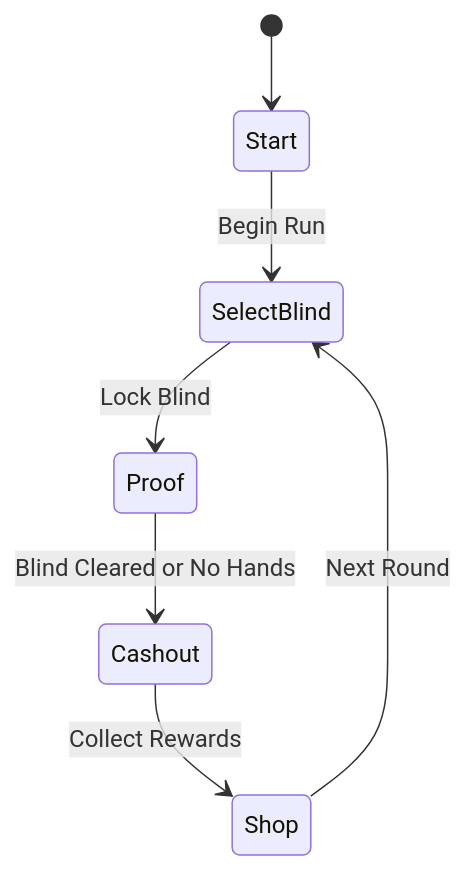
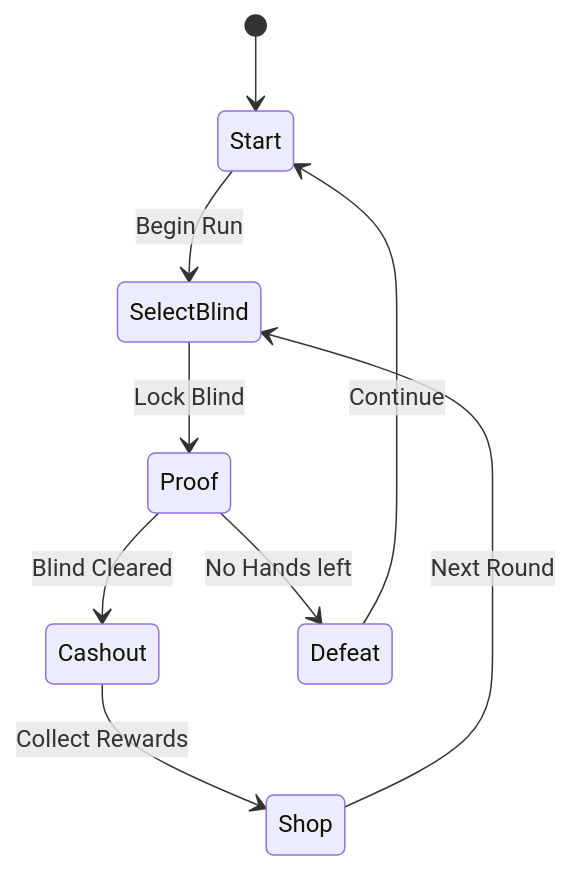
The diagram in design_doc/2.1 Phase Flow.md (lilzcyyds-alt/boolatro), drawn with Mermaid before and after one commit. The commit also changed other lines of this file and 13 other files, not shown here.

````diff
--- a/design_doc/2.1 Phase Flow.md
+++ b/design_doc/2.1 Phase Flow.md
@@ -5,9 +5,11 @@
 ```mermaid
 stateDiagram-v2
     [*] --> Start
     Start --> SelectBlind: Begin Run
     SelectBlind --> Proof: Lock Blind
-    Proof --> Cashout: Blind Cleared or No Hands
+    Proof --> Cashout: Blind Cleared
+    Proof --> Defeat: No Hands left
     Cashout --> Shop: Collect Rewards
     Shop --> SelectBlind: Next Round
+    Defeat --> Start: Continue
 ```
````
